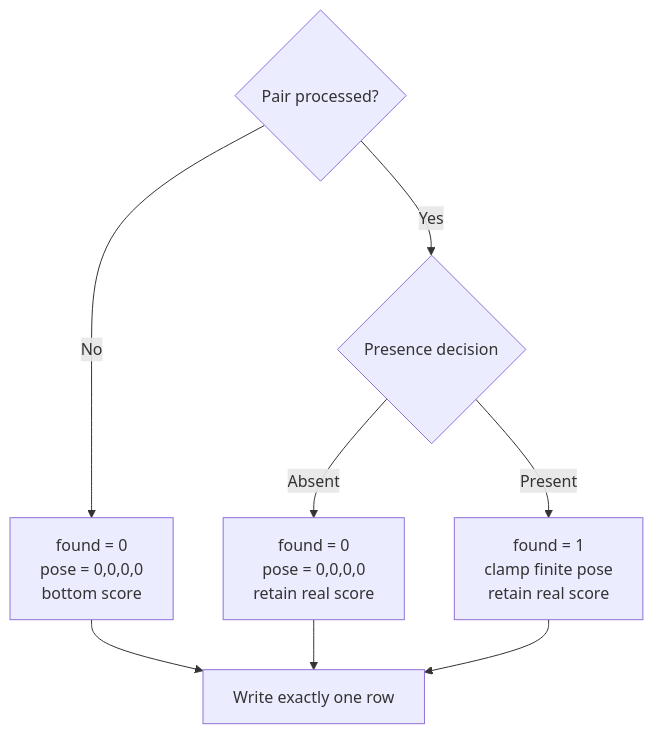
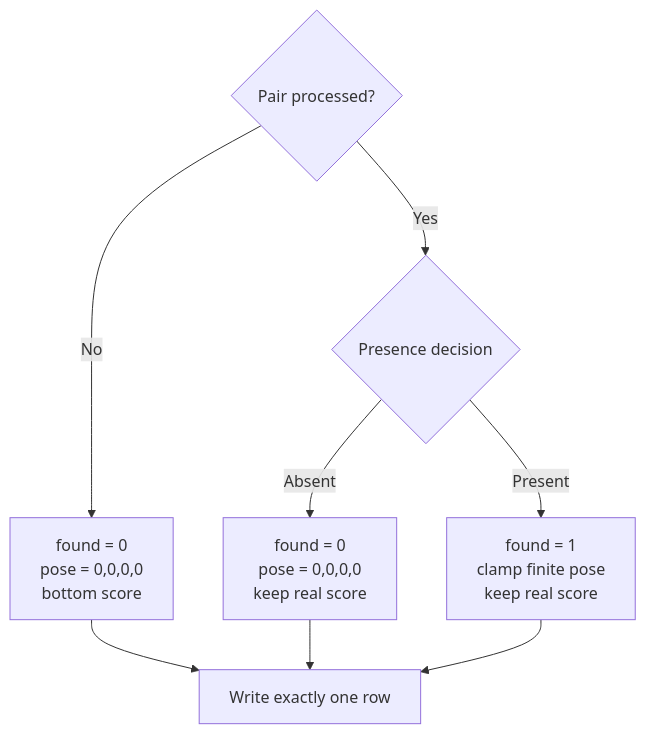
One commit to RHUDHRESH/LatticeRank-SEMICON-2026 changed the eighth of 12 diagrams in docs/V1_VS_V2.md. Above: the diagram before and after it, drawn with Mermaid. The commit also changed other lines of this file and 35 other files, not shown here.

````diff
--- a/docs/V1_VS_V2.md
+++ b/docs/V1_VS_V2.md
@@ -283,11 +278,11 @@
 ```mermaid
 flowchart TD
     A{"Pair processed?"}
     A -- No --> B["found = 0<br/>pose = 0,0,0,0<br/>bottom score"]
     A -- Yes --> C{"Presence decision"}
-    C -- Absent --> D["found = 0<br/>pose = 0,0,0,0<br/>retain real score"]
-    C -- Present --> E["found = 1<br/>clamp finite pose<br/>retain real score"]
+    C -- Absent --> D["found = 0<br/>pose = 0,0,0,0<br/>keep real score"]
+    C -- Present --> E["found = 1<br/>clamp finite pose<br/>keep real score"]
     B --> F["Write exactly one row"]
     D --> F
     E --> F
 ```
````
